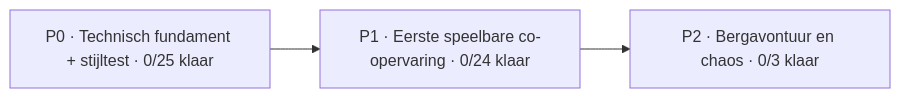
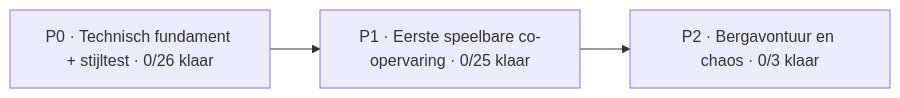
The diagram in Docs/PROJECT_BOARD.md (mlemson/conductor-chaos), drawn with Mermaid before and after one commit. The commit also changed other lines of this file, not shown here.

````diff
--- a/Docs/PROJECT_BOARD.md
+++ b/Docs/PROJECT_BOARD.md
@@ -13,7 +13,7 @@
 ```mermaid
 flowchart LR
-    P0["P0 · Technisch fundament + stijltest · 0/25 klaar"]
-    P1["P1 · Eerste speelbare co-opervaring · 0/24 klaar"]
+    P0["P0 · Technisch fundament + stijltest · 0/26 klaar"]
+    P1["P1 · Eerste speelbare co-opervaring · 0/25 klaar"]
     P2["P2 · Bergavontuur en chaos · 0/3 klaar"]
     P0 --> P1 --> P2
 ```
````
